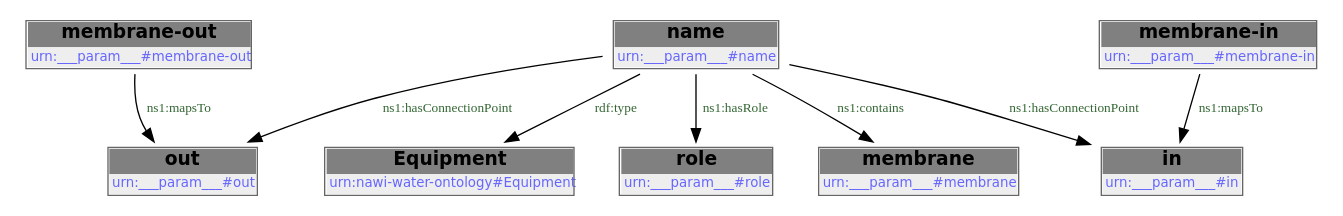
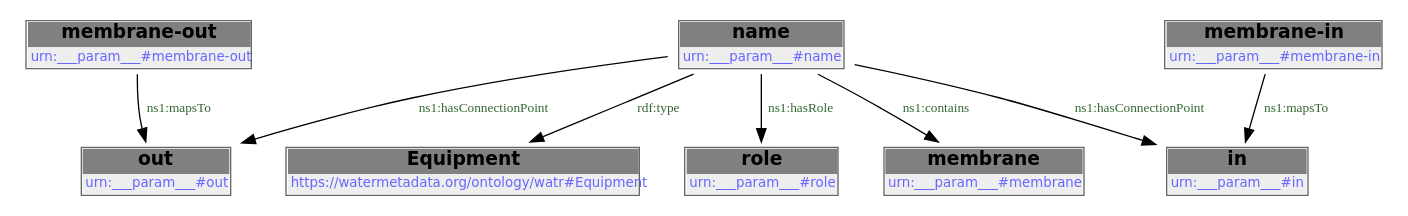
Before and after one commit to DataDrivenCPS/water-ontology: the first of 2 diagrams in docs/libraries/templates/membrane-module.rst, drawn with Graphviz. The commit also changed other lines of this file and 43 other files, not shown here.

First line of the commit message:
feat: move ontology to https://watermetadata.org base URI

```diff
--- a/docs/libraries/templates/membrane-module.rst
+++ b/docs/libraries/templates/membrane-module.rst
@@ -109,20 +109,20 @@
         .. graphviz::
 
                 digraph G {
             node [fontname="DejaVu Sans"];
             node0 -> node1 [color=BLACK, label=< <font point-size='10' color='#336633'>rdf:type</font> >];
             node0 -> node2 [color=BLACK, label=< <font point-size='10' color='#336633'>ns1:hasConnectionPoint</font> >];
             node3 -> node4 [color=BLACK, label=< <font point-size='10' color='#336633'>ns1:mapsTo</font> >];
             node0 -> node4 [color=BLACK, label=< <font point-size='10' color='#336633'>ns1:hasConnectionPoint</font> >];
             node5 -> node2 [color=BLACK, label=< <font point-size='10' color='#336633'>ns1:mapsTo</font> >];
             node0 -> node6 [color=BLACK, label=< <font point-size='10' color='#336633'>ns1:hasRole</font> >];
             node0 -> node7 [color=BLACK, label=< <font point-size='10' color='#336633'>ns1:contains</font> >];
             node0 [shape=none, color=black, label=< <table color='#666666' cellborder='0' cellspacing='0' border='1'><tr><td colspan='2' bgcolor='grey'><B>name</B></td></tr><tr><td href='urn:___param___#name' bgcolor='#eeeeee' colspan='2'><font point-size='10' color='#6666ff'>urn:___param___#name</font></td></tr></table> >];
-            node1 [shape=none, color=black, label=< <table color='#666666' cellborder='0' cellspacing='0' border='1'><tr><td colspan='2' bgcolor='grey'><B>Equipment</B></td></tr><tr><td href='urn:nawi-water-ontology#Equipment' bgcolor='#eeeeee' colspan='2'><font point-size='10' color='#6666ff'>urn:nawi-water-ontology#Equipment</font></td></tr></table> >];
+            node1 [shape=none, color=black, label=< <table color='#666666' cellborder='0' cellspacing='0' border='1'><tr><td colspan='2' bgcolor='grey'><B>Equipment</B></td></tr><tr><td href='https://watermetadata.org/ontology/watr#Equipment' bgcolor='#eeeeee' colspan='2'><font point-size='10' color='#6666ff'>https://watermetadata.org/ontology/watr#Equipment</font></td></tr></table> >];
             node2 [shape=none, color=black, label=< <table color='#666666' cellborder='0' cellspacing='0' border='1'><tr><td colspan='2' bgcolor='grey'><B>in</B></td></tr><tr><td href='urn:___param___#in' bgcolor='#eeeeee' colspan='2'><font point-size='10' color='#6666ff'>urn:___param___#in</font></td></tr></table> >];
             node3 [shape=none, color=black, label=< <table color='#666666' cellborder='0' cellspacing='0' border='1'><tr><td colspan='2' bgcolor='grey'><B>membrane-out</B></td></tr><tr><td href='urn:___param___#membrane-out' bgcolor='#eeeeee' colspan='2'><font point-size='10' color='#6666ff'>urn:___param___#membrane-out</font></td></tr></table> >];
             node4 [shape=none, color=black, label=< <table color='#666666' cellborder='0' cellspacing='0' border='1'><tr><td colspan='2' bgcolor='grey'><B>out</B></td></tr><tr><td href='urn:___param___#out' bgcolor='#eeeeee' colspan='2'><font point-size='10' color='#6666ff'>urn:___param___#out</font></td></tr></table> >];
             node5 [shape=none, color=black, label=< <table color='#666666' cellborder='0' cellspacing='0' border='1'><tr><td colspan='2' bgcolor='grey'><B>membrane-in</B></td></tr><tr><td href='urn:___param___#membrane-in' bgcolor='#eeeeee' colspan='2'><font point-size='10' color='#6666ff'>urn:___param___#membrane-in</font></td></tr></table> >];
             node6 [shape=none, color=black, label=< <table color='#666666' cellborder='0' cellspacing='0' border='1'><tr><td colspan='2' bgcolor='grey'><B>role</B></td></tr><tr><td href='urn:___param___#role' bgcolor='#eeeeee' colspan='2'><font point-size='10' color='#6666ff'>urn:___param___#role</font></td></tr></table> >];
             node7 [shape=none, color=black, label=< <table color='#666666' cellborder='0' cellspacing='0' border='1'><tr><td colspan='2' bgcolor='grey'><B>membrane</B></td></tr><tr><td href='urn:___param___#membrane' bgcolor='#eeeeee' colspan='2'><font point-size='10' color='#6666ff'>urn:___param___#membrane</font></td></tr></table> >];
             }
```
